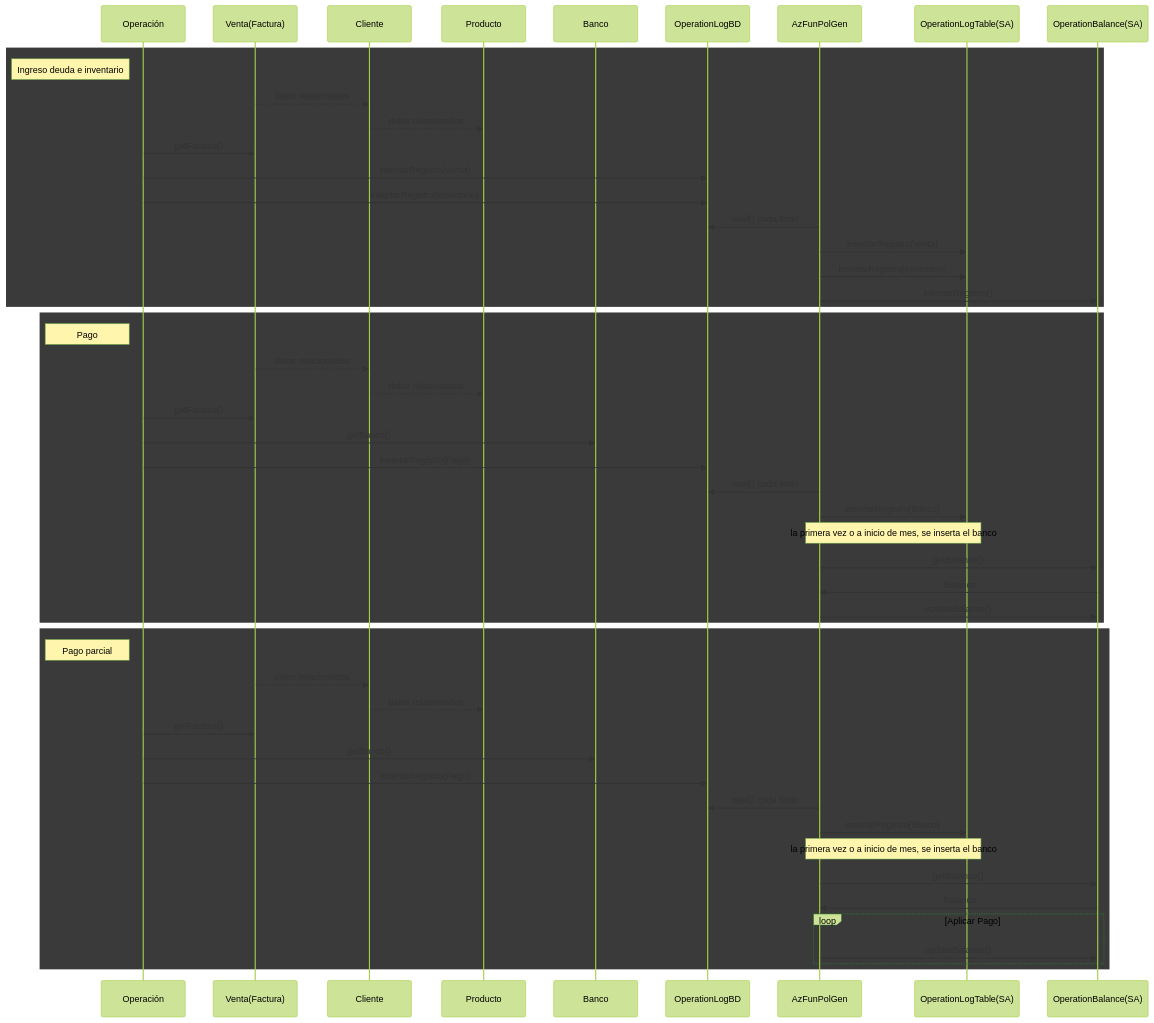
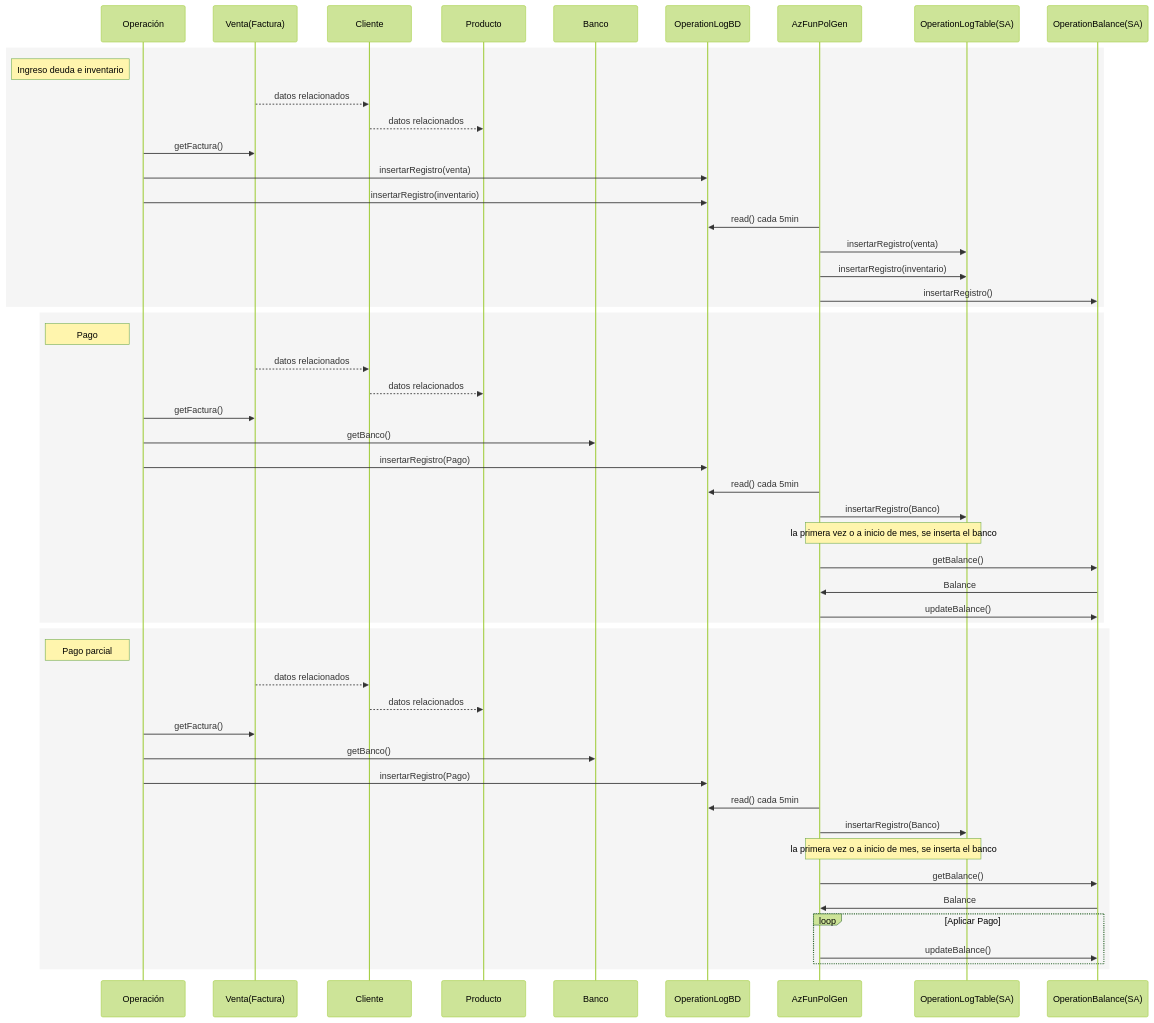
One commit to vianeyja/KrezkaDocs changed the diagram in polizaGeneral.md. Above: the diagram before and after it, drawn with Mermaid (forest theme).

Commit message:
changed color in diagram

````diff
--- a/polizaGeneral.md
+++ b/polizaGeneral.md
@@ -5,57 +5,57 @@
 ```mermaid
 sequenceDiagram
     participant Operación
     participant Venta(Factura)
     participant Cliente
     participant Producto
     participant Banco
     participant OperationLogBD
     participant AzFunPolGen
     participant OperationLogTable(SA)
     participant OperationBalance(SA)
 
-    rect rgb(58, 58, 58)
+    rect rgb(245, 245, 245)
     note left of Operación: Ingreso deuda e inventario
     Venta(Factura)-->>Cliente: datos relacionados
     Cliente-->>Producto: datos relacionados
     Operación->>Venta(Factura): getFactura()
     Operación->>OperationLogBD: insertarRegistro(venta)
     Operación->>OperationLogBD: insertarRegistro(inventario)
     AzFunPolGen->>OperationLogBD: read() cada 5min
     AzFunPolGen->>OperationLogTable(SA): insertarRegistro(venta)
     AzFunPolGen->>OperationLogTable(SA): insertarRegistro(inventario)
     AzFunPolGen->>OperationBalance(SA): insertarRegistro()
     end
 
-    rect rgb(58, 58, 58)
+    rect rgb(245, 245, 245)
     note left of Operación: Pago
     Venta(Factura)-->>Cliente: datos relacionados
     Cliente-->>Producto: datos relacionados
     Operación->>Venta(Factura): getFactura()
     Operación->>Banco: getBanco()
     Operación->>OperationLogBD: insertarRegistro(Pago)
     AzFunPolGen->>OperationLogBD: read() cada 5min
     AzFunPolGen->>OperationLogTable(SA): insertarRegistro(Banco)
     Note over AzFunPolGen, OperationLogTable(SA): la primera vez o a inicio de mes, se inserta el banco
     AzFunPolGen->>OperationBalance(SA): getBalance()
     OperationBalance(SA)->>AzFunPolGen: Balance
     AzFunPolGen->>OperationBalance(SA): updateBalance()
     end
 
-    rect rgb(58, 58, 58)
+    rect rgb(245, 245, 245)
     note left of Operación: Pago parcial
     Venta(Factura)-->>Cliente: datos relacionados
     Cliente-->>Producto: datos relacionados
     Operación->>Venta(Factura): getFactura()
     Operación->>Banco: getBanco()
     Operación->>OperationLogBD: insertarRegistro(Pago)
     AzFunPolGen->>OperationLogBD: read() cada 5min
     AzFunPolGen->>OperationLogTable(SA): insertarRegistro(Banco)
     Note over AzFunPolGen, OperationLogTable(SA): la primera vez o a inicio de mes, se inserta el banco
     AzFunPolGen->>OperationBalance(SA): getBalance()
     OperationBalance(SA)->>AzFunPolGen: Balance
     loop Aplicar Pago
     AzFunPolGen->>OperationBalance(SA): updateBalance()
     end
     end
 ```
````
